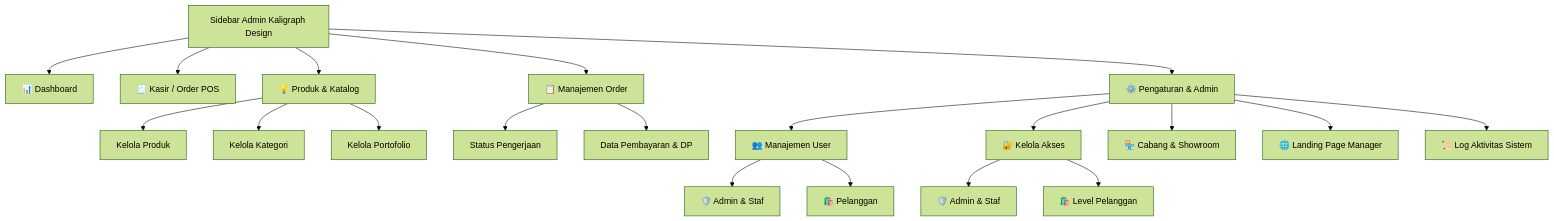
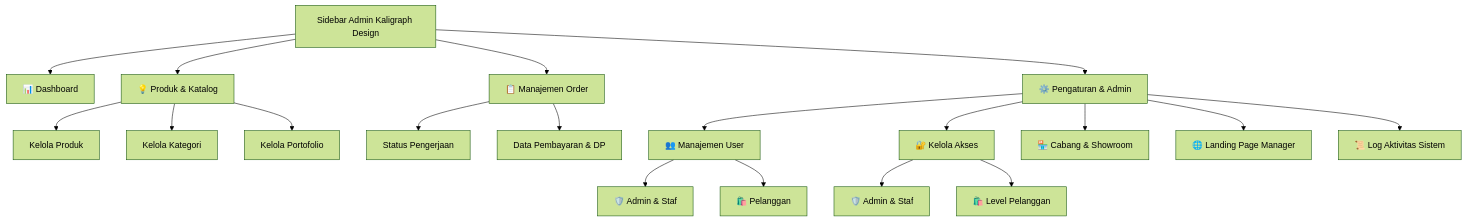
One commit to RifatJibranHudaya/Kaligraph-Design changed the second of 5 diagrams in DESIGN.md. Above: the diagram before and after it, drawn with Mermaid (forest theme). The commit also changed 52 other files, not shown here.

````diff
--- a/DESIGN.md
+++ b/DESIGN.md
@@ -107,22 +107,21 @@
 ```mermaid
 graph TD
     A[Sidebar Admin Kaligraph Design] --> B[📊 Dashboard]
-    A --> C[🧾 Kasir / Order POS]
     A --> D[💡 Produk & Katalog]
     D --> D1[Kelola Produk]
     D --> D2[Kelola Kategori]
     D --> D3[Kelola Portofolio]
     A --> E[📋 Manajemen Order]
     E --> E1[Status Pengerjaan]
     E --> E2[Data Pembayaran & DP]
     A --> F[⚙️ Pengaturan & Admin]
     F --> F1[👥 Manajemen User]
     F1 --> F1a[🛡️ Admin & Staf]
     F1 --> F1b[🛍️ Pelanggan]
     F --> F2[🔐 Kelola Akses]
     F2 --> F2a[🛡️ Admin & Staf]
     F2 --> F2b[🛍️ Level Pelanggan]
     F --> F3[🏪 Cabang & Showroom]
     F --> F4[🌐 Landing Page Manager]
     F --> F5[📜 Log Aktivitas Sistem]
 ```
````
